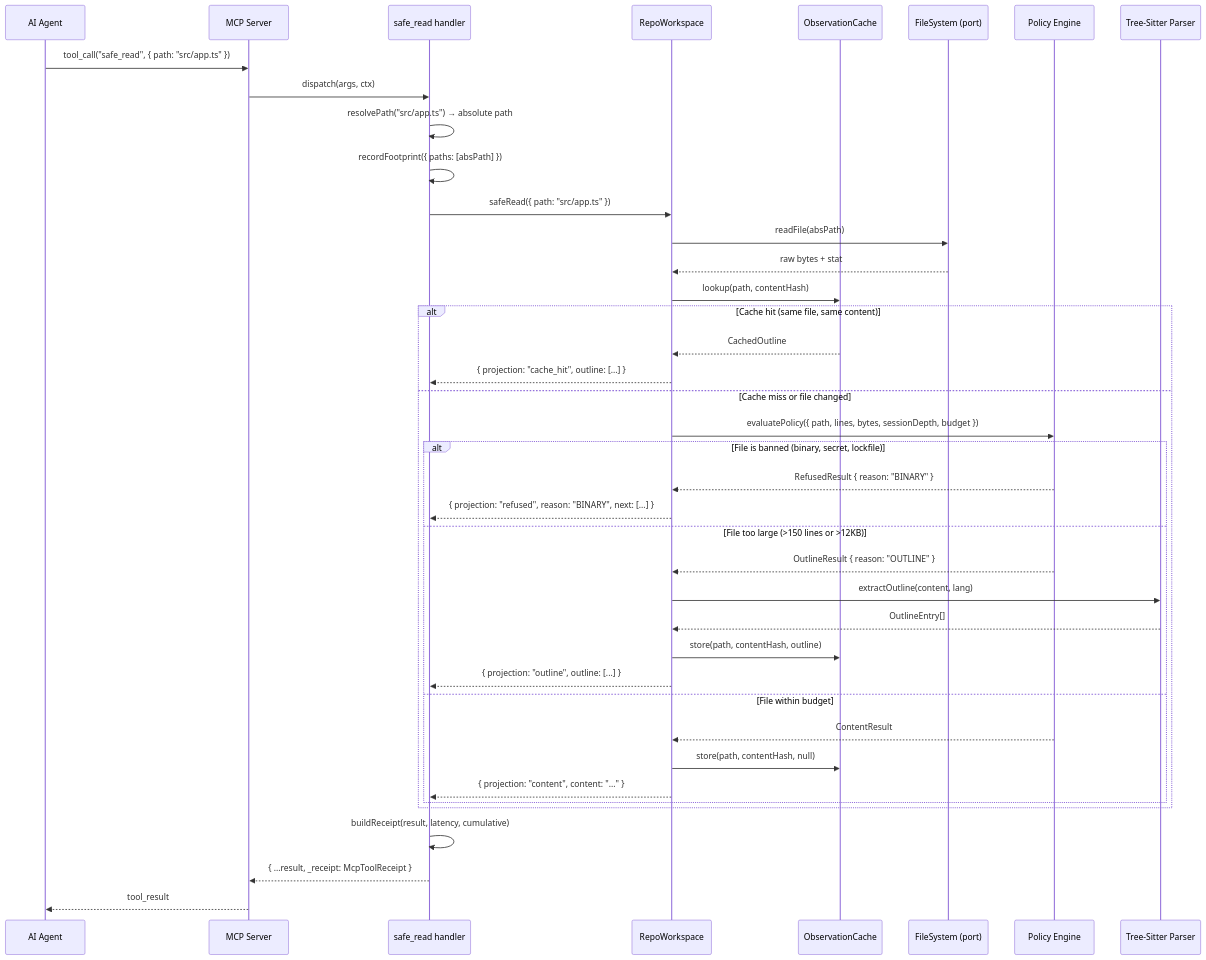
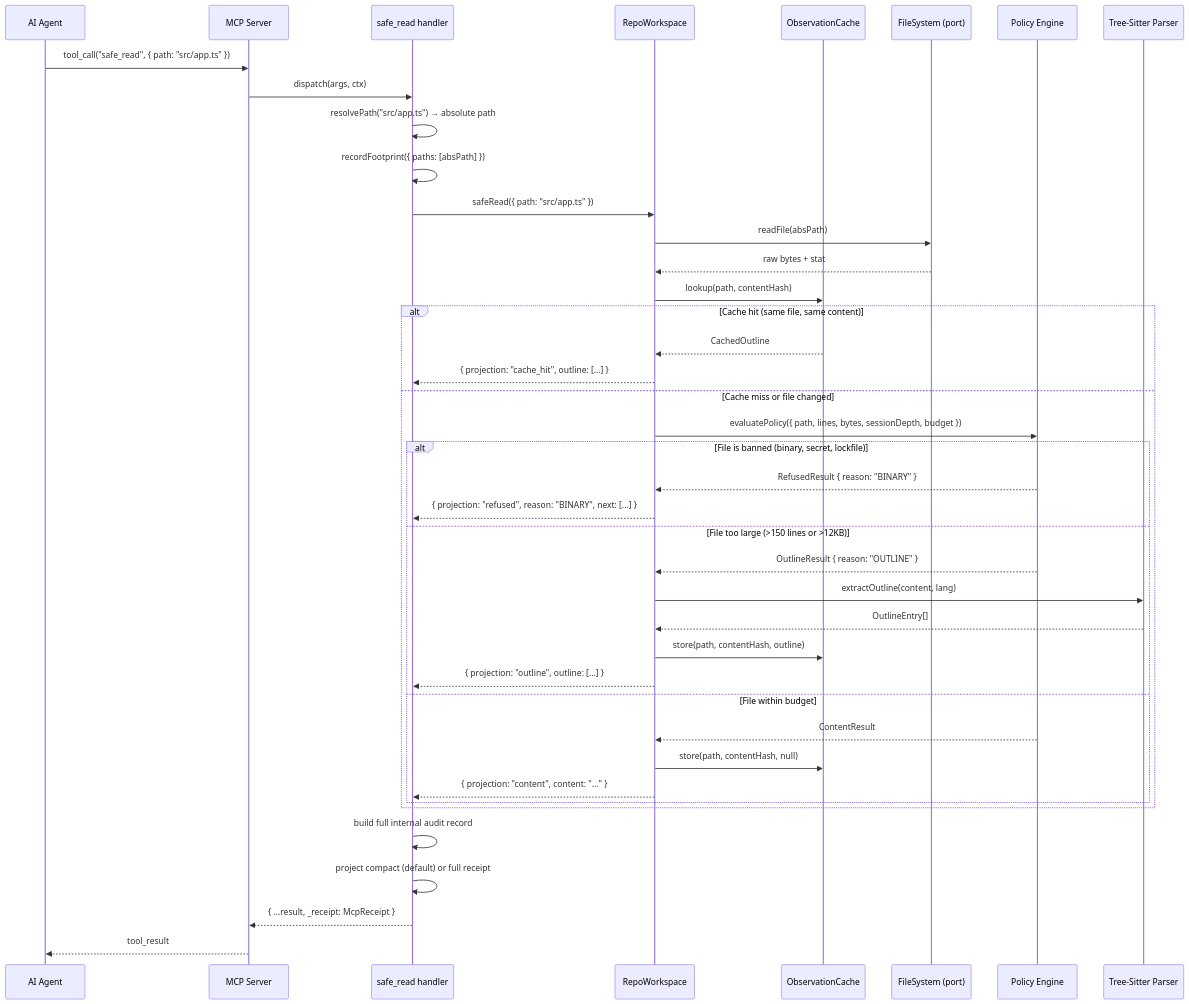
One commit to flyingrobots/graft changed the sixth of 29 diagrams in docs/TECHNICAL_TEARDOWN.md. Above: the diagram before and after it, drawn with Mermaid. The commit also changed other lines of this file and 32 other files, not shown here.

Commit message:
feat(mcp): default to compact response receipts

````diff
--- a/docs/TECHNICAL_TEARDOWN.md
+++ b/docs/TECHNICAL_TEARDOWN.md
@@ -352,46 +352,47 @@
 ```mermaid
 sequenceDiagram
     participant Agent as AI Agent
     participant MCP as MCP Server
     participant Tool as safe_read handler
     participant WS as RepoWorkspace
     participant Cache as ObservationCache
     participant FS as FileSystem (port)
     participant Policy as Policy Engine
     participant Parser as Tree-Sitter Parser
 
     Agent->>MCP: tool_call("safe_read", { path: "src/app.ts" })
     MCP->>Tool: dispatch(args, ctx)
     Tool->>Tool: resolvePath("src/app.ts") → absolute path
     Tool->>Tool: recordFootprint({ paths: [absPath] })
     Tool->>WS: safeRead({ path: "src/app.ts" })
     WS->>FS: readFile(absPath)
     FS-->>WS: raw bytes + stat
     WS->>Cache: lookup(path, contentHash)
 
     alt Cache hit (same file, same content)
         Cache-->>WS: CachedOutline
         WS-->>Tool: { projection: "cache_hit", outline: [...] }
     else Cache miss or file changed
         WS->>Policy: evaluatePolicy({ path, lines, bytes, sessionDepth, budget })
 
         alt File is banned (binary, secret, lockfile)
             Policy-->>WS: RefusedResult { reason: "BINARY" }
             WS-->>Tool: { projection: "refused", reason: "BINARY", next: [...] }
         else File too large (>150 lines or >12KB)
             Policy-->>WS: OutlineResult { reason: "OUTLINE" }
             WS->>Parser: extractOutline(content, lang)
             Parser-->>WS: OutlineEntry[]
             WS->>Cache: store(path, contentHash, outline)
             WS-->>Tool: { projection: "outline", outline: [...] }
         else File within budget
             Policy-->>WS: ContentResult
             WS->>Cache: store(path, contentHash, null)
             WS-->>Tool: { projection: "content", content: "..." }
         end
     end
 
-    Tool->>Tool: buildReceipt(result, latency, cumulative)
-    Tool-->>MCP: { ...result, _receipt: McpToolReceipt }
+    Tool->>Tool: build full internal audit record
+    Tool->>Tool: project compact (default) or full receipt
+    Tool-->>MCP: { ...result, _receipt: McpReceipt }
     MCP-->>Agent: tool_result
 ```
````
